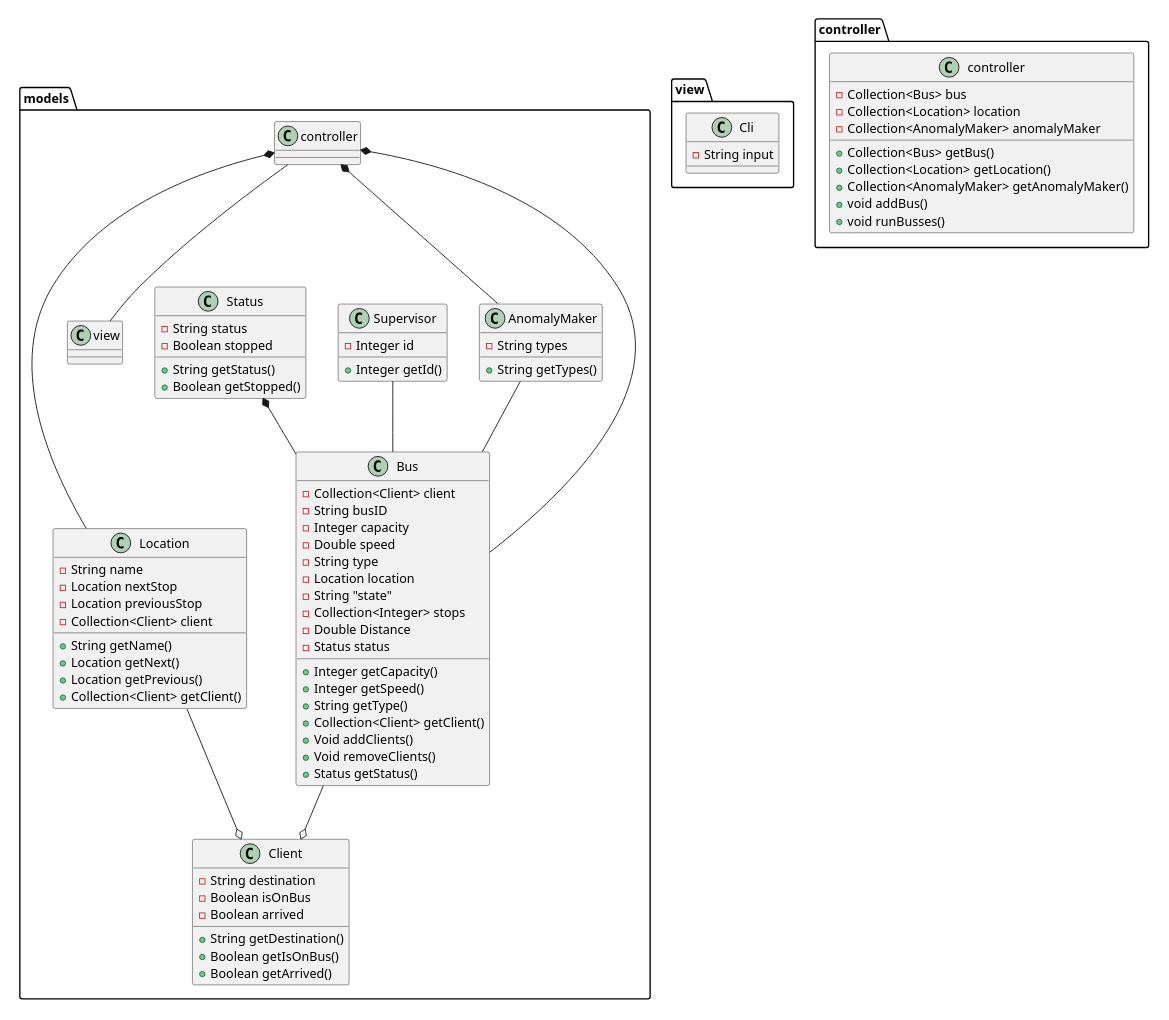
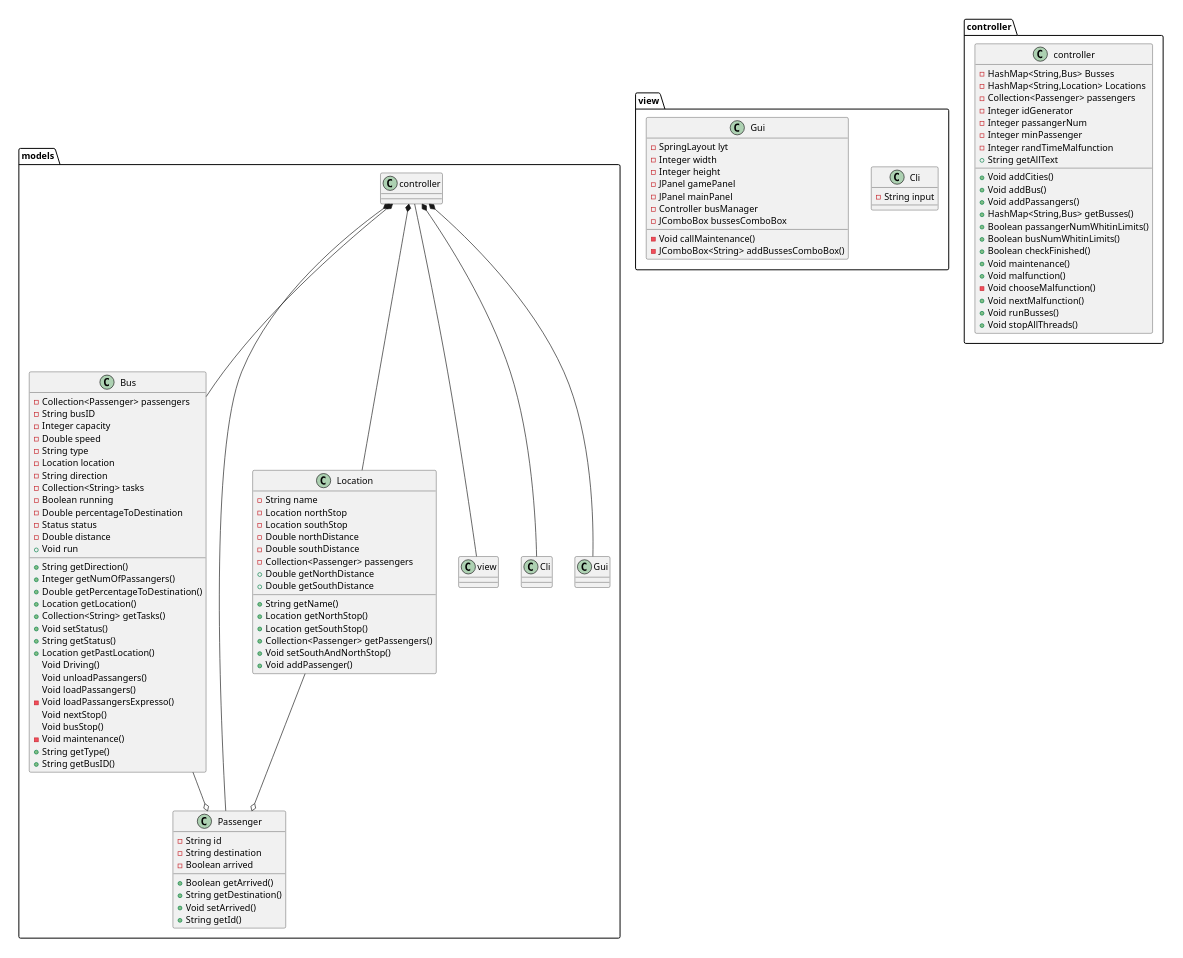
Before and after one commit to NunoCartaxoUAL/PP-Projeto: the diagram in design/Diagram.puml, drawn with PlantUML. The commit also changed other lines of this file, not shown here.

Commit message:
Update Diagram UML

```diff
--- a/design/Diagram.puml
+++ b/design/Diagram.puml
@@ -1,98 +1,125 @@
 @startuml
+
 
 scale 600 width
 
 package models{
     class Bus{
-        -Collection<Client> client
+        -Collection<Passenger> passengers
         -String busID
         -Integer capacity
         -Double speed
         -String type
         -Location location
-        -String "state"
-        -Collection<Integer> stops
-        -Double Distance
+        -String direction
+        -Collection<String> tasks
+        -Boolean running
+        -Double percentageToDestination
         -Status status
-        +Integer getCapacity()
-        +Integer getSpeed()
+        -Double distance
+        +String getDirection()
+        +Integer getNumOfPassangers()
+        +Double getPercentageToDestination()
+        +Location getLocation()
+        +Collection<String> getTasks()
+        +Void setStatus()
+        +String getStatus()
+        +Location getPastLocation()
+        Void Driving()
+        Void unloadPassangers()
+        Void loadPassangers()
+        -Void loadPassangersExpresso()
+        Void nextStop()
+        Void busStop()
+        -Void maintenance()
+        +Void run
         +String getType()
-        +Collection<Client> getClient()
-        +Void addClients()
-        +Void removeClients()
-        +Status getStatus()
+        +String getBusID()
     }
 
-    class Client{
+    class Passenger{
+        -String id
         -String destination
-        -Boolean isOnBus
         -Boolean arrived
+        +Boolean getArrived()
         +String getDestination()
-        +Boolean getIsOnBus()
-        +Boolean getArrived()
+        +Void setArrived()
+        +String getId()
     }
 
     class Location{
         -String name
-        -Location nextStop
-        -Location previousStop
-        -Collection<Client> client
+        -Location northStop
+        -Location southStop
+        -Double northDistance
+        -Double southDistance
+        -Collection<Passenger> passengers
         +String getName()
-        +Location getNext()
-        +Location getPrevious()
-        +Collection<Client> getClient()
+        +Location getNorthStop()
+        +Location getSouthStop()
+        +Double getNorthDistance
+        +Double getSouthDistance
+        +Collection<Passenger> getPassengers()
+        +Void setSouthAndNorthStop()
+        +Void addPassenger()
     }
 
-    class Supervisor{
-        -Integer id
-        +Integer getId()
-    }
 
-    class Status{
-        -String status
-        -Boolean stopped
-        +String getStatus()
-        +Boolean getStopped()
-    }
-
-    class AnomalyMaker{
-        -String types
-        +String getTypes()
-    }
-
-    Bus --o Client
-    Location --o Client
-    Status *-- Bus
-    AnomalyMaker -- Bus
-    Supervisor -- Bus
+    Bus --o Passenger
+    Location --o Passenger
     controller *-- Bus
-    controller *-- AnomalyMaker
     controller *-- Location
+    controller *-- Passenger
     controller -- view
-
+    controller *-- Cli
+    controller *-- Gui
 
 }
 
 package view {
 
     class Cli{
         -String input
     }
 
+    class Gui{
+        -SpringLayout lyt
+        -Integer width
+        -Integer height
+        -JPanel gamePanel
+        -JPanel mainPanel
+        -Controller busManager
+        -JComboBox bussesComboBox
+        -Void callMaintenance()
+        -JComboBox<String> addBussesComboBox()
+    }
+
 }
 
 package controller {
     class controller{
-        -Collection<Bus> bus
-        -Collection<Location> location
-        -Collection<AnomalyMaker> anomalyMaker
-        +Collection<Bus> getBus()
-        +Collection<Location> getLocation()
-        +Collection<AnomalyMaker> getAnomalyMaker()
-        +void addBus()
-        +void runBusses()
-
+        -HashMap<String,Bus> Busses
+        -HashMap<String,Location> Locations
+        -Collection<Passenger> passengers
+        -Integer idGenerator
+        -Integer passangerNum
+        -Integer minPassenger
+        -Integer randTimeMalfunction
+        +Void addCities()
+        +Void addBus()
+        +Void addPassangers()
+        +HashMap<String,Bus> getBusses()
+        +Boolean passangerNumWhitinLimits()
+        +Boolean busNumWhitinLimits()
+        +Boolean checkFinished()
+        +Void maintenance()
+        +Void malfunction()
+        -Void chooseMalfunction()
+        +Void nextMalfunction()
+        +String getAllText
+        +Void runBusses()
+        +Void stopAllThreads()
     }
 }
 
 @enduml
```
